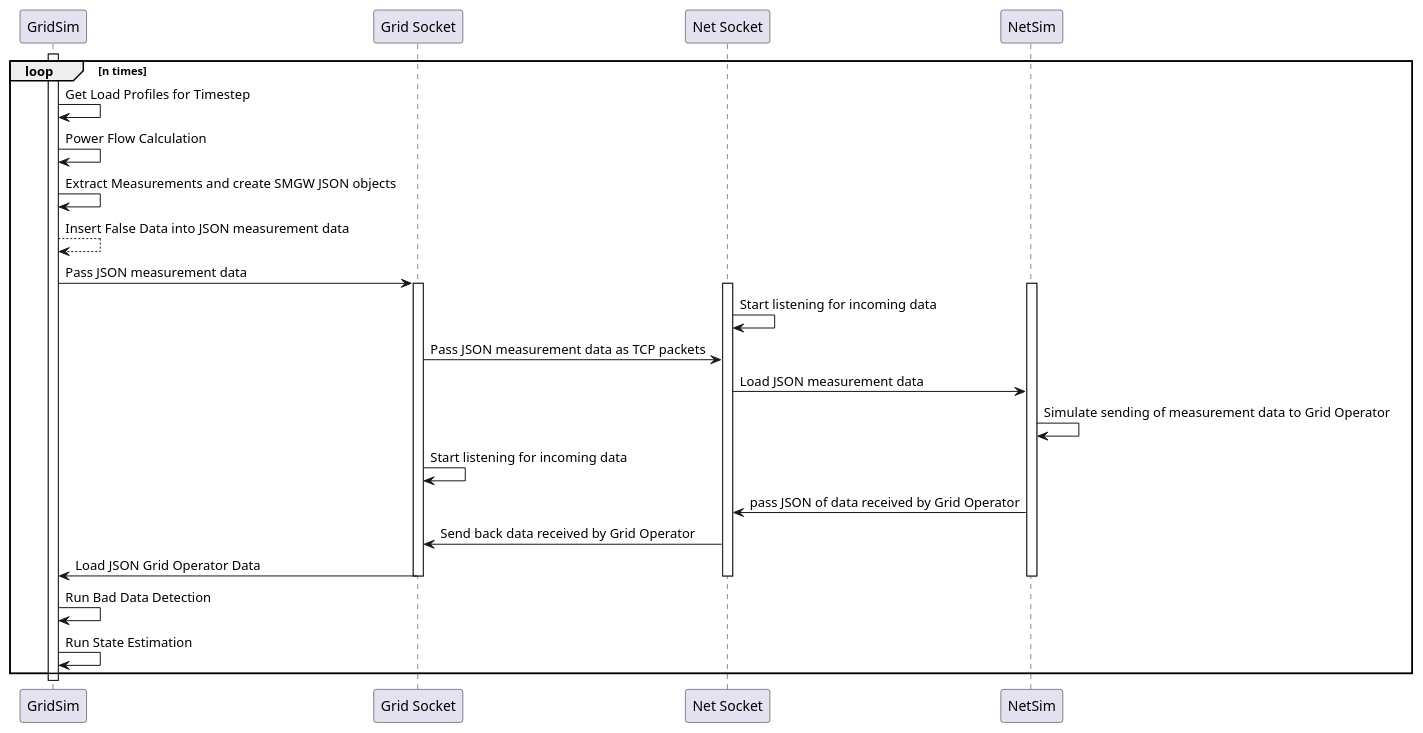
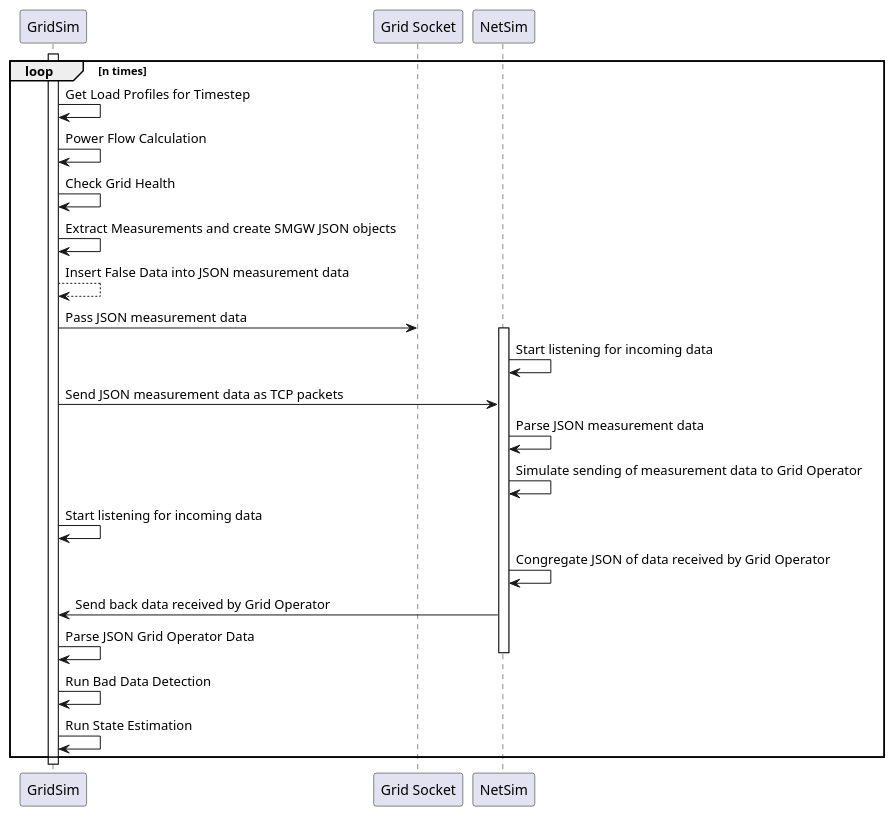
One commit to MoritzVolkman/GridComm-Cosimulation changed the diagram in figures/CoSimv2.puml. Above: the diagram before and after it, drawn with PlantUML.

Commit message:
Changed Sequence Diagram

```diff
--- a/figures/CoSimv2.puml
+++ b/figures/CoSimv2.puml
@@ -1,29 +1,26 @@
 @startuml
 'https://plantuml.com/sequence-diagram
 
 activate GridSim
 loop n times
     GridSim -> GridSim: Get Load Profiles for Timestep
     GridSim -> GridSim: Power Flow Calculation
+    GridSim -> GridSim: Check Grid Health
     GridSim -> GridSim: Extract Measurements and create SMGW JSON objects
     GridSim --> GridSim: Insert False Data into JSON measurement data
     GridSim -> "Grid Socket": Pass JSON measurement data
-    activate "Grid Socket"
-    activate "Net Socket"
     activate NetSim
-    "Net Socket" -> "Net Socket": Start listening for incoming data
-    "Grid Socket" -> "Net Socket": Pass JSON measurement data as TCP packets
-    "Net Socket" -> NetSim: Load JSON measurement data
+    NetSim -> NetSim: Start listening for incoming data
+    GridSim -> NetSim: Send JSON measurement data as TCP packets
+    NetSim -> NetSim: Parse JSON measurement data
     NetSim -> NetSim: Simulate sending of measurement data to Grid Operator
-    "Grid Socket" -> "Grid Socket": Start listening for incoming data
-    NetSim -> "Net Socket": pass JSON of data received by Grid Operator
-    "Net Socket" -> "Grid Socket": Send back data received by Grid Operator
-    "Grid Socket" -> GridSim: Load JSON Grid Operator Data
+    GridSim -> GridSim: Start listening for incoming data
+    NetSim -> NetSim: Congregate JSON of data received by Grid Operator
+    NetSim -> GridSim: Send back data received by Grid Operator
+    GridSim -> GridSim: Parse JSON Grid Operator Data
     deactivate NetSim
-    deactivate "Grid Socket"
-    deactivate "Net Socket"
     GridSim -> GridSim: Run Bad Data Detection
     GridSim -> GridSim: Run State Estimation
 end
 deactivate GridSim
 @enduml
```
